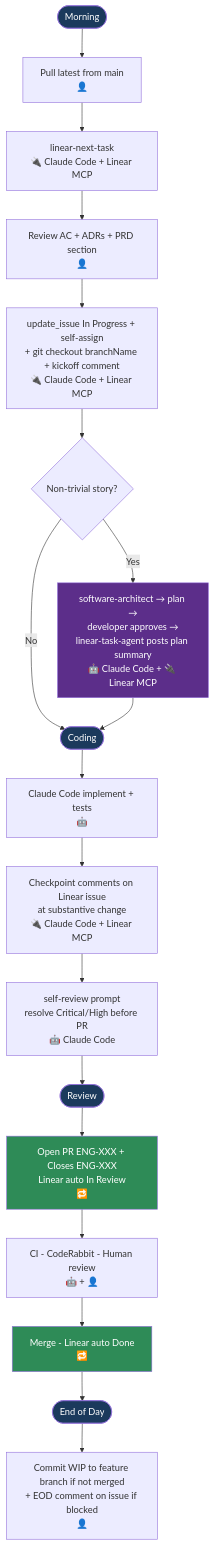
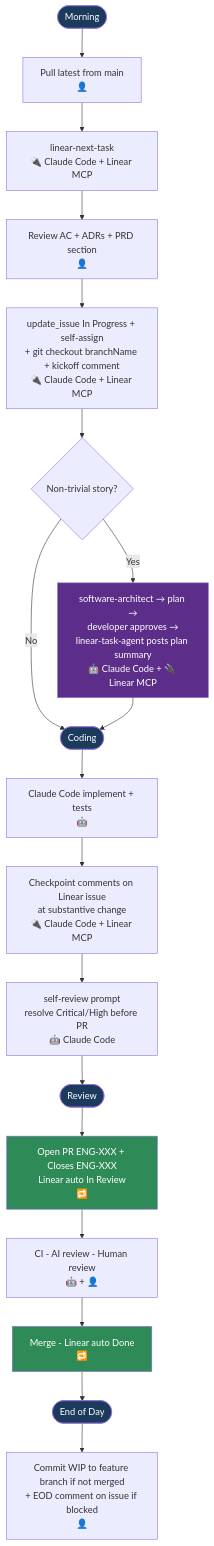
The eighth of 8 diagrams in aidlc-phases/03-development/FLOWCHART.md (kalpat-allion/ai-dlc), drawn with Mermaid before and after one commit. The commit also changed other lines of this file and 6 other files, not shown here.

````diff
--- a/aidlc-phases/03-development/FLOWCHART.md
+++ b/aidlc-phases/03-development/FLOWCHART.md
@@ -328,31 +337,31 @@
 ```mermaid
 flowchart TD
     DW_M([Morning]) --> DW_M1[Pull latest from main<br/>👤]
     DW_M1 --> DW_M2[linear-next-task<br/>🔌 Claude Code + Linear MCP]
     DW_M2 --> DW_M3[Review AC + ADRs + PRD section<br/>👤]
     DW_M3 --> DW_M4[update_issue In Progress + self-assign<br/>+ git checkout branchName + kickoff comment<br/>🔌 Claude Code + Linear MCP]
     DW_M4 --> DW_DESIGN{Non-trivial story?}
     DW_DESIGN -- No --> DW_C([Coding])
     DW_DESIGN -- Yes --> DW_D[software-architect → plan →<br/>developer approves →<br/>linear-task-agent posts plan summary<br/>🤖 Claude Code + 🔌 Linear MCP]
     DW_D --> DW_C
 
     DW_C --> DW_C1[Claude Code implement + tests<br/>🤖]
     DW_C1 --> DW_C2[Checkpoint comments on Linear issue<br/>at substantive change<br/>🔌 Claude Code + Linear MCP]
     DW_C2 --> DW_C3[self-review prompt<br/>resolve Critical/High before PR<br/>🤖 Claude Code]
     DW_C3 --> DW_R([Review])
 
     DW_R --> DW_R1[Open PR ENG-XXX + Closes ENG-XXX<br/>Linear auto In Review<br/>🔁]
-    DW_R1 --> DW_R2[CI - CodeRabbit - Human review<br/>🤖 + 👤]
+    DW_R1 --> DW_R2[CI - AI review - Human review<br/>🤖 + 👤]
     DW_R2 --> DW_R3[Merge - Linear auto Done<br/>🔁]
     DW_R3 --> DW_E([End of Day])
 
     DW_E --> DW_E1[Commit WIP to feature branch if not merged<br/>+ EOD comment on issue if blocked<br/>👤]
 
     style DW_M fill:#1B3A5C,color:#fff
     style DW_C fill:#1B3A5C,color:#fff
     style DW_R fill:#1B3A5C,color:#fff
     style DW_E fill:#1B3A5C,color:#fff
     style DW_D fill:#5C2E8A,color:#fff
     style DW_R1 fill:#2E8B57,color:#fff
     style DW_R3 fill:#2E8B57,color:#fff
 ```
````
